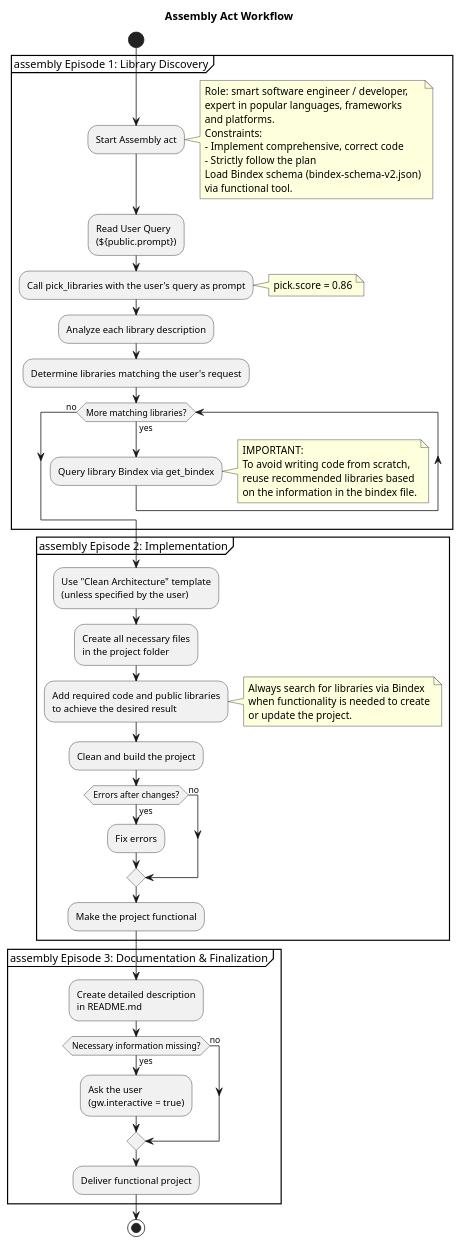
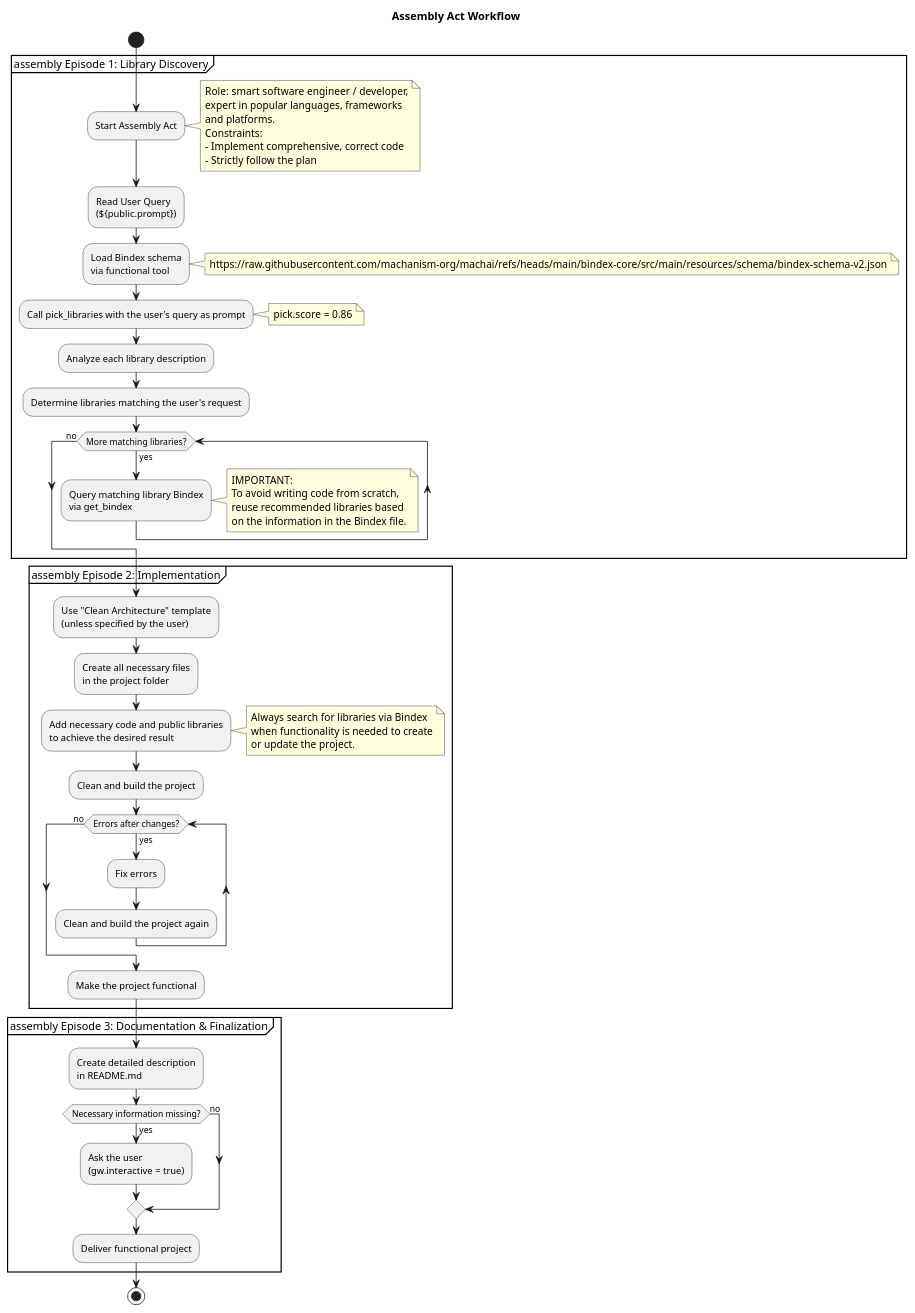
Before and after one commit to machanism-org/machai: the diagram in bindex-core/src/site/puml/assembly-act-workflow.puml, drawn with PlantUML. The commit also changed 79 other files, not shown here.

```diff
--- a/bindex-core/src/site/puml/assembly-act-workflow.puml
+++ b/bindex-core/src/site/puml/assembly-act-workflow.puml
@@ -5,65 +5,67 @@
 @startuml assembly-workflow
 
 title Assembly Act Workflow
 
 start
 
 partition "assembly Episode 1: Library Discovery" {
-  :Start Assembly act;
+  :Start Assembly Act;
   note right
     Role: smart software engineer / developer,
     expert in popular languages, frameworks
     and platforms.
     Constraints:
     - Implement comprehensive, correct code
     - Strictly follow the plan
-    Load Bindex schema (bindex-schema-v2.json)
-    via functional tool.
   end note
   :Read User Query\n(${public.prompt});
+  :Load Bindex schema\nvia functional tool;
+  note right
+    https://raw.githubusercontent.com/machanism-org/machai/refs/heads/main/bindex-core/src/main/resources/schema/bindex-schema-v2.json
+  end note
   :Call pick_libraries with the user's query as prompt;
   note right
     pick.score = 0.86
   end note
   :Analyze each library description;
   :Determine libraries matching the user's request;
   while (More matching libraries?) is (yes)
-    :Query library Bindex via get_bindex;
+    :Query matching library Bindex\nvia get_bindex;
   endwhile (no)
   note right
     IMPORTANT:
     To avoid writing code from scratch,
     reuse recommended libraries based
-    on the information in the bindex file.
+    on the information in the Bindex file.
   end note
 }
 
 partition "assembly Episode 2: Implementation" {
   :Use "Clean Architecture" template\n(unless specified by the user);
   :Create all necessary files\nin the project folder;
-  :Add required code and public libraries\nto achieve the desired result;
+  :Add necessary code and public libraries\nto achieve the desired result;
   note right
     Always search for libraries via Bindex
     when functionality is needed to create
     or update the project.
   end note
   :Clean and build the project;
-  if (Errors after changes?) then (yes)
+  while (Errors after changes?) is (yes)
     :Fix errors;
-  else (no)
-  endif
+    :Clean and build the project again;
+  endwhile (no)
   :Make the project functional;
 }
 
 partition "assembly Episode 3: Documentation & Finalization" {
   :Create detailed description\nin README.md;
   if (Necessary information missing?) then (yes)
     :Ask the user\n(gw.interactive = true);
   else (no)
   endif
   :Deliver functional project;
 }
 
 stop
 
 @enduml
```
